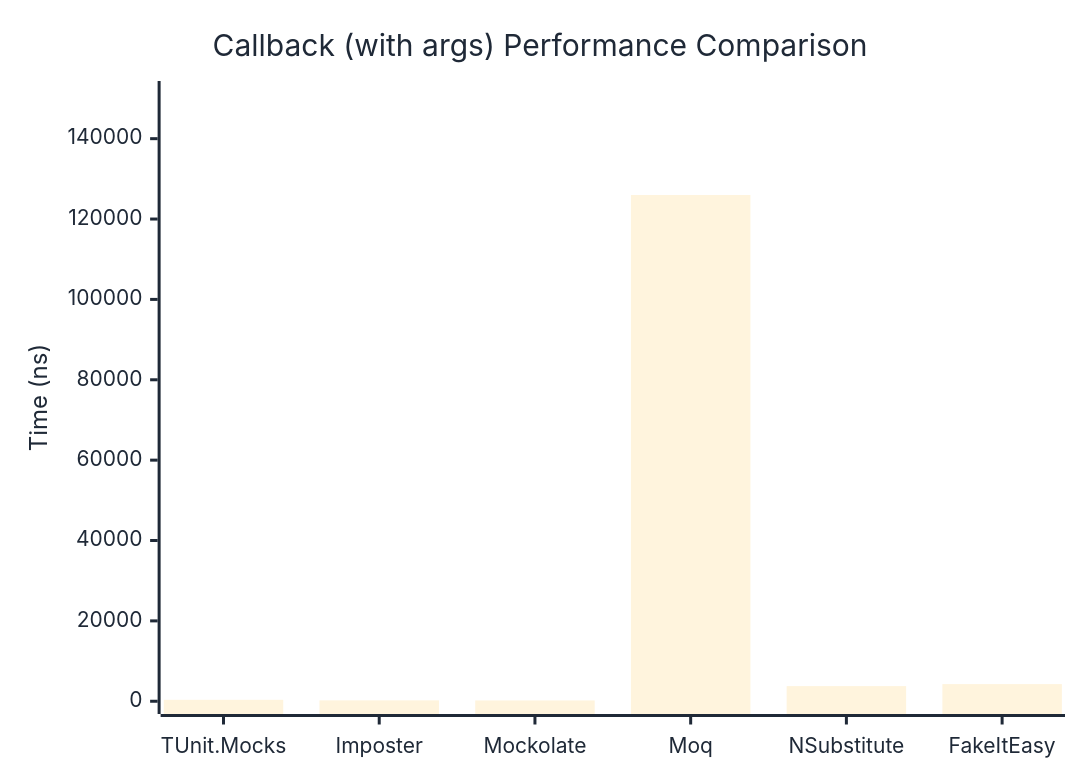
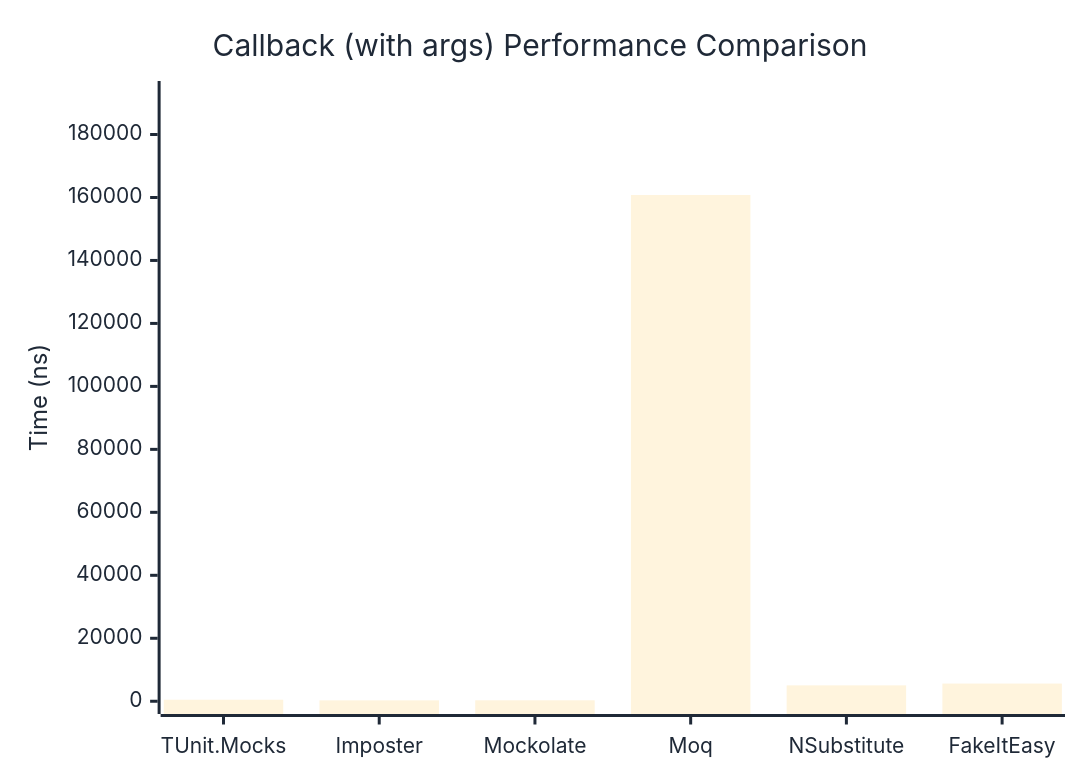
The second of 2 diagrams in docs/docs/benchmarks/mocks/Callback.md (thomhurst/TUnit), drawn with Mermaid before and after one commit. The commit also changed other lines of this file and 14 other files, not shown here.

````diff
--- a/docs/docs/benchmarks/mocks/Callback.md
+++ b/docs/docs/benchmarks/mocks/Callback.md
@@ -71,27 +71,27 @@
 ```mermaid
 %%{init: {
   'theme':'base',
   'themeVariables': {
     'primaryColor': '#2563eb',
     'primaryTextColor': '#1f2937',
     'primaryBorderColor': '#1e40af',
     'lineColor': '#6b7280',
     'secondaryColor': '#7c3aed',
     'tertiaryColor': '#dc2626',
     'background': '#ffffff',
     'pie1': '#2563eb',
     'pie2': '#7c3aed',
     'pie3': '#dc2626',
     'pie4': '#f59e0b',
     'pie5': '#10b981',
     'pie6': '#06b6d4',
     'pie7': '#ec4899',
     'pie8': '#6366f1'
   }
 }}%%
 xychart-beta
   title "Callback (with args) Performance Comparison"
   x-axis ["TUnit.Mocks", "Imposter", "Mockolate", "Moq", "NSubstitute", "FakeItEasy"]
-  y-axis "Time (ns)" 0 --> 151179
-  bar [360.1, 219, 198.8, 125981.8, 3768.8, 4265.8]
+  y-axis "Time (ns)" 0 --> 192944
+  bar [485.7, 286.6, 302.7, 160786, 5047.5, 5615.9]
 ```
````
